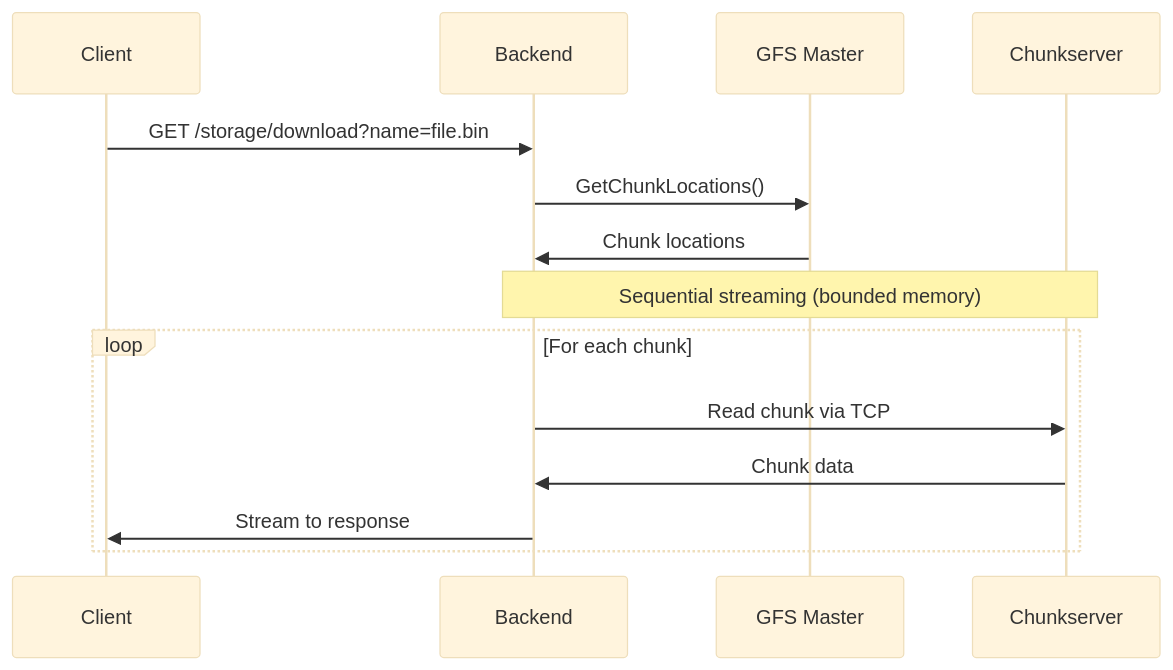
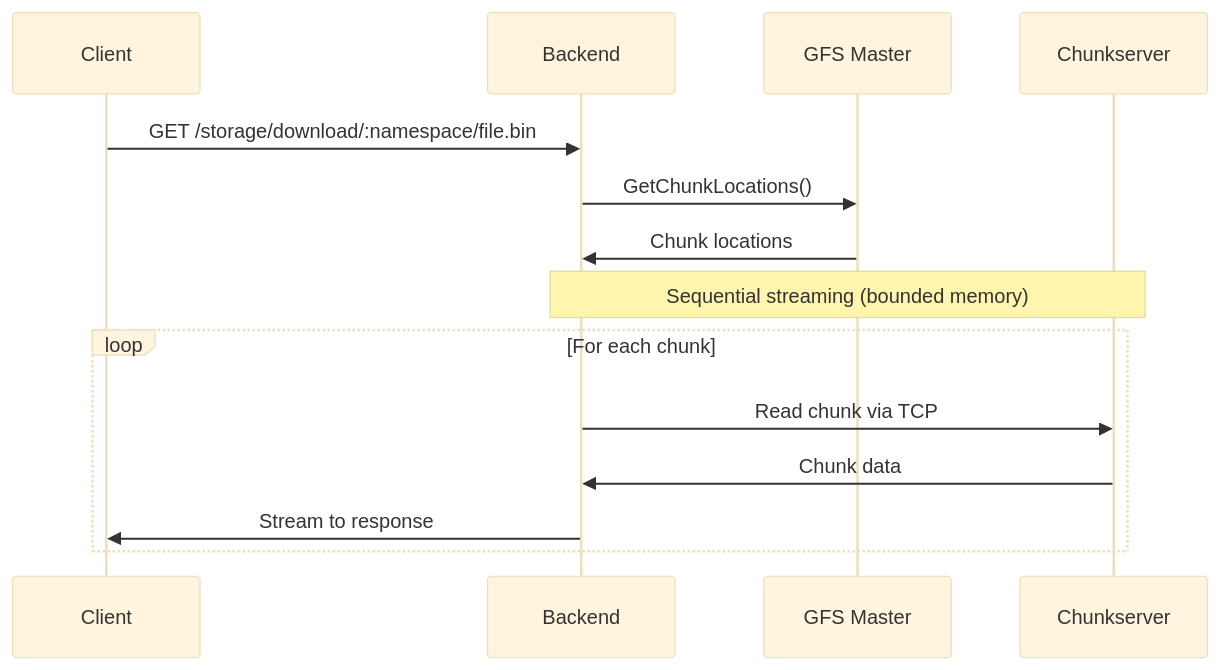
One commit to EddisonSo/cloud changed the second of 2 diagrams in edd-cloud-docs/docs/services/storage.md. Above: the diagram before and after it, drawn with Mermaid (base theme). The commit also changed other lines of this file, not shown here.

First line of the commit message:
docs(storage): update API endpoints to reflect REST-style routes

````diff
--- a/edd-cloud-docs/docs/services/storage.md
+++ b/edd-cloud-docs/docs/services/storage.md
@@ -63,18 +66,18 @@
 ```mermaid
 sequenceDiagram
     participant Client
     participant Backend
     participant Master as GFS Master
     participant CS as Chunkserver
 
-    Client->>Backend: GET /storage/download?name=file.bin
+    Client->>Backend: GET /storage/download/:namespace/file.bin
     Backend->>Master: GetChunkLocations()
     Master->>Backend: Chunk locations
 
     Note over Backend,CS: Sequential streaming (bounded memory)
     loop For each chunk
         Backend->>CS: Read chunk via TCP
         CS->>Backend: Chunk data
         Backend->>Client: Stream to response
     end
 ```
````
